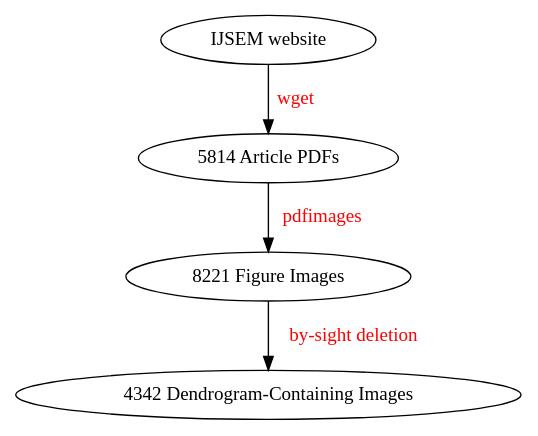
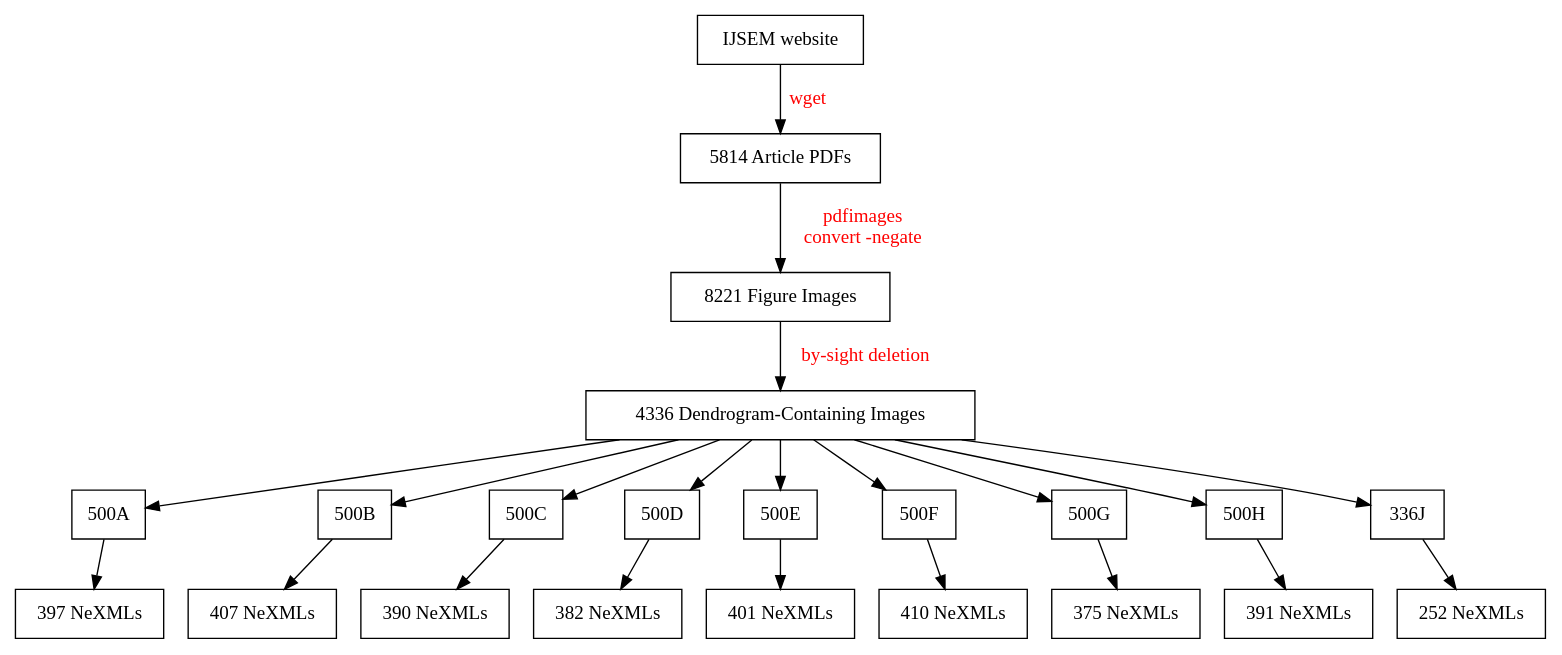
The diagram in workflow-overview/workflow.dot (ContentMine/ijsem), drawn with Graphviz before and after one commit. The commit also changed 1 other file, not shown here.

```diff
--- a/workflow-overview/workflow.dot
+++ b/workflow-overview/workflow.dot
@@ -1,6 +1,28 @@
 digraph PLUTo_workflow {
+
+node [shape = box]
+
    	"IJSEM website" -> "5814 Article PDFs" [label=" wget", fontcolor=red] ;
-      	"5814 Article PDFs" -> "8221 Figure Images" [label=" pdfimages", fontcolor=red];
-	"8221 Figure Images" -> "4342 Dendrogram-Containing Images" [label=" by-sight deletion", fontcolor=red];
+      	"5814 Article PDFs" -> "8221 Figure Images" [label=" pdfimages\n convert -negate ", fontcolor=red];
+	"8221 Figure Images" -> "4336 Dendrogram-Containing Images" [label=" by-sight deletion", fontcolor=red];
+	"4336 Dendrogram-Containing Images" -> "500A"
+	"4336 Dendrogram-Containing Images" -> "500B"
+	"4336 Dendrogram-Containing Images" -> "500C"
+	"4336 Dendrogram-Containing Images" -> "500D"
+	"4336 Dendrogram-Containing Images" -> "500E"
+	"4336 Dendrogram-Containing Images" -> "500F"
+	"4336 Dendrogram-Containing Images" -> "500G"
+	"4336 Dendrogram-Containing Images" -> "500H"
+	"4336 Dendrogram-Containing Images" -> "336J"
+	"500A" -> "397 NeXMLs"
+	"500B" -> "407 NeXMLs"
+	"500C" -> "390 NeXMLs"
+	"500D" -> "382 NeXMLs"
+	"500E" -> "401 NeXMLs"
+	"500F" -> "410 NeXMLs"
+	"500G" -> "375 NeXMLs"
+	"500H" -> "391 NeXMLs"
+	"336J" -> "252 NeXMLs"
+
 	
       	}
```
